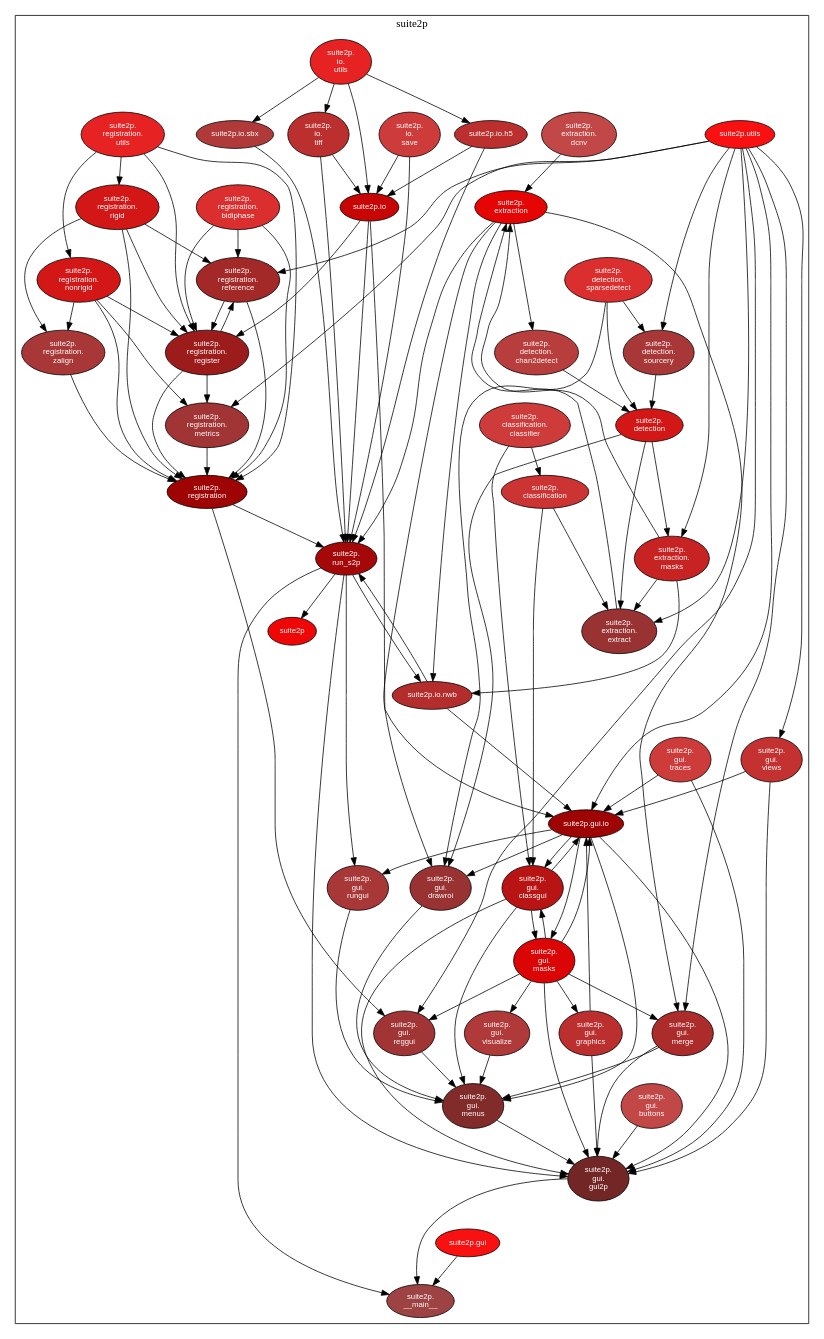
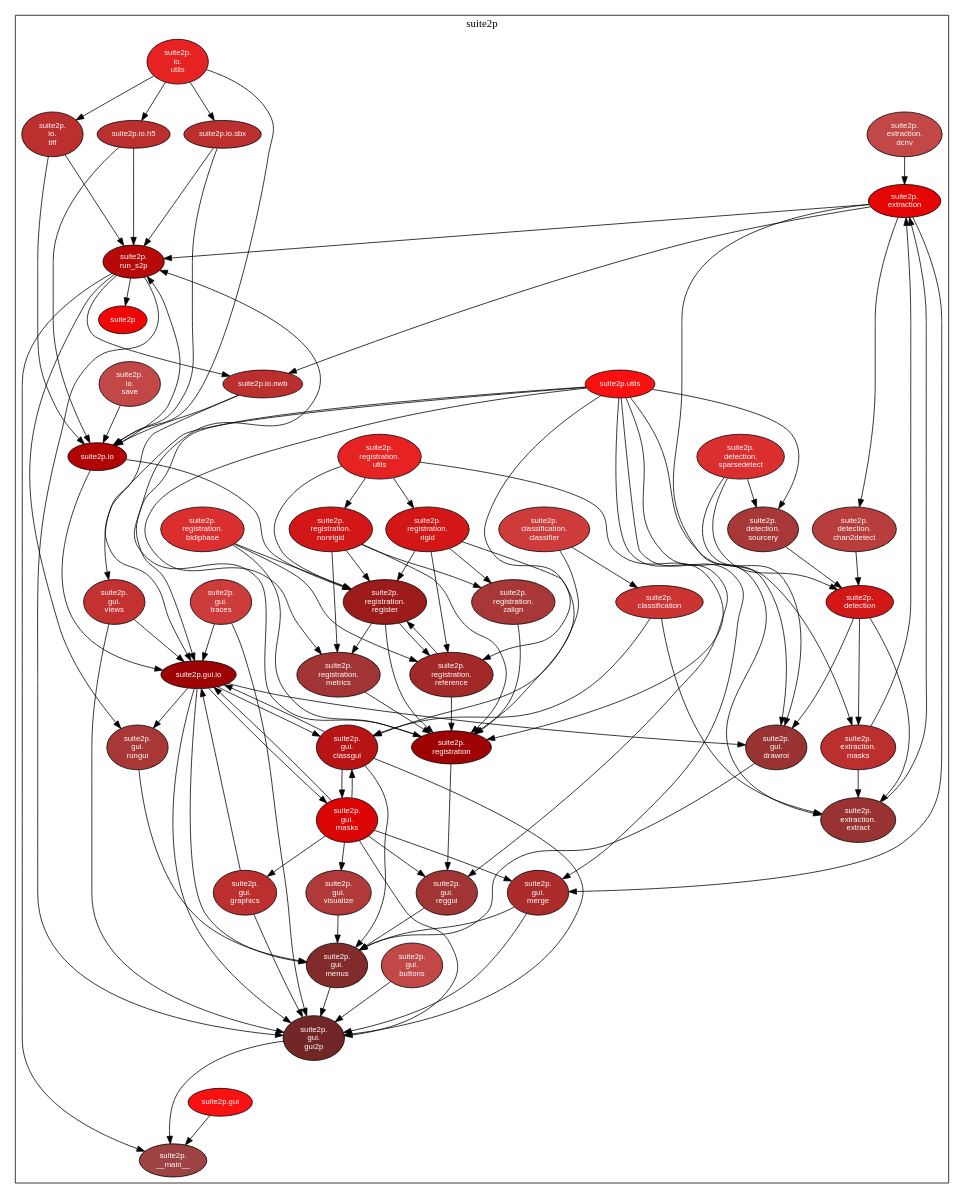
Before and after one commit to MouseLand/suite2p: the diagram in scripts/suite2p.dot, drawn with Graphviz. The commit also changed 7 other files, not shown here.

```diff
--- a/scripts/suite2p.dot
+++ b/scripts/suite2p.dot
@@ -18,7 +18,7 @@
     suite2p_extraction [fillcolor="#e50505",fontcolor="#ffffff",label="suite2p\.\nextraction"];
     suite2p_extraction_dcnv [fillcolor="#c24747",fontcolor="#ffffff",label="suite2p\.\nextraction\.\ndcnv"];
     suite2p_extraction_extract [fillcolor="#993333",fontcolor="#ffffff",label="suite2p\.\nextraction\.\nextract"];
-    suite2p_extraction_masks [fillcolor="#c82323",fontcolor="#ffffff",label="suite2p\.\nextraction\.\nmasks"];
+    suite2p_extraction_masks [fillcolor="#bc2f2f",fontcolor="#ffffff",label="suite2p\.\nextraction\.\nmasks"];
     suite2p_gui [fillcolor="#f91010",fontcolor="#ffffff",label="suite2p.gui"];
     suite2p_gui_buttons [fillcolor="#c24747",fontcolor="#ffffff",label="suite2p\.\ngui\.\nbuttons"];
     suite2p_gui_classgui [fillcolor="#b81414",fontcolor="#ffffff",label="suite2p\.\ngui\.\nclassgui"];
@@ -34,11 +34,11 @@
     suite2p_gui_traces [fillcolor="#ce3b3b",fontcolor="#ffffff",label="suite2p\.\ngui\.\ntraces"];
     suite2p_gui_views [fillcolor="#c43131",fontcolor="#ffffff",label="suite2p\.\ngui\.\nviews"];
     suite2p_gui_visualize [fillcolor="#b03a3a",fontcolor="#ffffff",label="suite2p\.\ngui\.\nvisualize"];
-    suite2p_io [fillcolor="#c70505",fontcolor="#ffffff",label="suite2p.io"];
+    suite2p_io [fillcolor="#b30404",fontcolor="#ffffff",label="suite2p.io"];
     suite2p_io_h5 [fillcolor="#bc2f2f",fontcolor="#ffffff",label="suite2p.io.h5"];
-    suite2p_io_nwb [fillcolor="#b42d2d",fontcolor="#ffffff",label="suite2p.io.nwb"];
-    suite2p_io_save [fillcolor="#ce3b3b",fontcolor="#ffffff",label="suite2p\.\nio\.\nsave"];
-    suite2p_io_sbx [fillcolor="#b03a3a",fontcolor="#ffffff",label="suite2p.io.sbx"];
+    suite2p_io_nwb [fillcolor="#bc2f2f",fontcolor="#ffffff",label="suite2p.io.nwb"];
+    suite2p_io_save [fillcolor="#c24747",fontcolor="#ffffff",label="suite2p\.\nio\.\nsave"];
+    suite2p_io_sbx [fillcolor="#bc2f2f",fontcolor="#ffffff",label="suite2p.io.sbx"];
     suite2p_io_tiff [fillcolor="#bc2f2f",fontcolor="#ffffff",label="suite2p\.\nio\.\ntiff"];
     suite2p_io_utils [fillcolor="#e72222",fontcolor="#ffffff",label="suite2p\.\nio\.\nutils"];
     suite2p_registration [fillcolor="#9f0404",fontcolor="#ffffff",label="suite2p\.\nregistration"];
@@ -50,7 +50,7 @@
     suite2p_registration_rigid [fillcolor="#d31717",fontcolor="#ffffff",label="suite2p\.\nregistration\.\nrigid"];
     suite2p_registration_utils [fillcolor="#e72222",fontcolor="#ffffff",label="suite2p\.\nregistration\.\nutils"];
     suite2p_registration_zalign [fillcolor="#a83838",fontcolor="#ffffff",label="suite2p\.\nregistration\.\nzalign"];
-    suite2p_run_s2p [fillcolor="#a50808",fontcolor="#ffffff",label="suite2p\.\nrun_s2p"];
+    suite2p_run_s2p [fillcolor="#b80909",fontcolor="#ffffff",label="suite2p\.\nrun_s2p"];
     suite2p_utils [fillcolor="#f91010",fontcolor="#ffffff",label="suite2p.utils"];
 }
     suite2p_classification -> suite2p_extraction_extract [fillcolor="#000000",minlen="2"];
@@ -74,7 +74,6 @@
     suite2p_extraction_extract -> suite2p_extraction [fillcolor="#000000",weight="2"];
     suite2p_extraction_masks -> suite2p_extraction [fillcolor="#000000",weight="2"];
     suite2p_extraction_masks -> suite2p_extraction_extract [fillcolor="#000000",weight="2"];
-    suite2p_extraction_masks -> suite2p_io_nwb [fillcolor="#000000",minlen="2"];
     suite2p_gui -> suite2p___main__ [fillcolor="#000000"];
     suite2p_gui_buttons -> suite2p_gui_gui2p [fillcolor="#000000",weight="2"];
     suite2p_gui_classgui -> suite2p_gui_gui2p [fillcolor="#000000",weight="2"];
@@ -114,9 +113,9 @@
     suite2p_io_h5 -> suite2p_io [fillcolor="#000000",weight="2"];
     suite2p_io_h5 -> suite2p_run_s2p [fillcolor="#000000",minlen="2"];
     suite2p_io_nwb -> suite2p_gui_io [fillcolor="#000000",minlen="2"];
-    suite2p_io_nwb -> suite2p_run_s2p [fillcolor="#000000",minlen="2"];
+    suite2p_io_nwb -> suite2p_io [fillcolor="#000000",weight="2"];
     suite2p_io_save -> suite2p_io [fillcolor="#000000",weight="2"];
-    suite2p_io_save -> suite2p_run_s2p [fillcolor="#000000",minlen="2"];
+    suite2p_io_sbx -> suite2p_io [fillcolor="#000000",weight="2"];
     suite2p_io_sbx -> suite2p_run_s2p [fillcolor="#000000",minlen="2"];
     suite2p_io_tiff -> suite2p_io [fillcolor="#000000",weight="2"];
     suite2p_io_tiff -> suite2p_run_s2p [fillcolor="#000000",minlen="2"];
```
